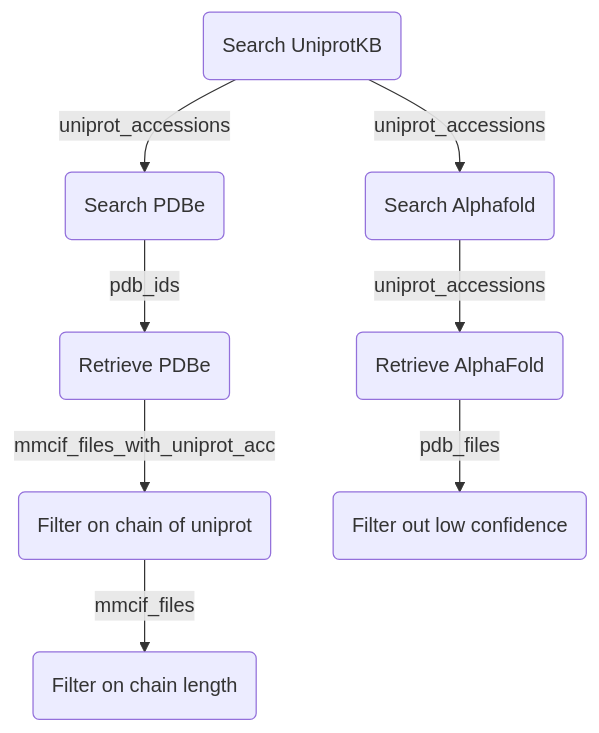
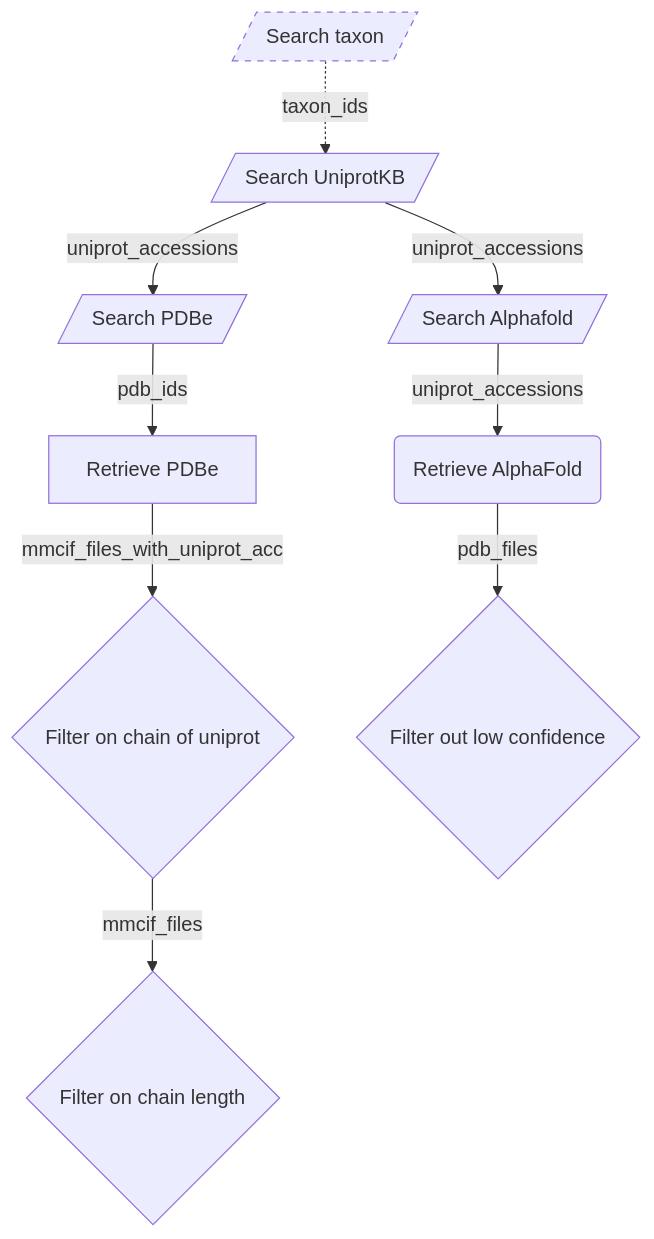
The diagram in README.md (haddocking/protein-quest), drawn with Mermaid before and after one commit. The commit also changed other lines of this file and 2 other files, not shown here.

Commit message:
Add `search go` sub command
Fixes #13

````diff
--- a/README.md
+++ b/README.md
@@ -21,10 +23,13 @@
 ```mermaid
 graph TB;
-    searchuniprot(Search UniprotKB) --> |uniprot_accessions|searchpdbe(Search PDBe)
-    searchuniprot(Search UniprotKB) --> |uniprot_accessions|searchaf(Search Alphafold)
-    searchpdbe -->|pdb_ids|fetchpdbe(Retrieve PDBe)
+    classDef dashedBorder stroke-dasharray: 5 5;
+    taxonomy[/Search taxon/]:::dashedBorder
+    taxonomy[/Search taxon/] -. taxon_ids .-> searchuniprot[/Search UniprotKB/]
+    searchuniprot --> |uniprot_accessions|searchpdbe[/Search PDBe/]
+    searchuniprot --> |uniprot_accessions|searchaf[/Search Alphafold/]
+    searchpdbe -->|pdb_ids|fetchpdbe[Retrieve PDBe]
     searchaf --> |uniprot_accessions|fetchad(Retrieve AlphaFold)
-    fetchpdbe -->|mmcif_files_with_uniprot_acc| chainfilter(Filter on chain of uniprot)
-    chainfilter --> |mmcif_files| residuefilter(Filter on chain length)
-    fetchad -->|pdb_files| confidencefilter(Filter out low confidence)
+    fetchpdbe -->|mmcif_files_with_uniprot_acc| chainfilter{Filter on chain of uniprot}
+    chainfilter --> |mmcif_files| residuefilter{Filter on chain length}
+    fetchad -->|pdb_files| confidencefilter{Filter out low confidence}
 ```
````
